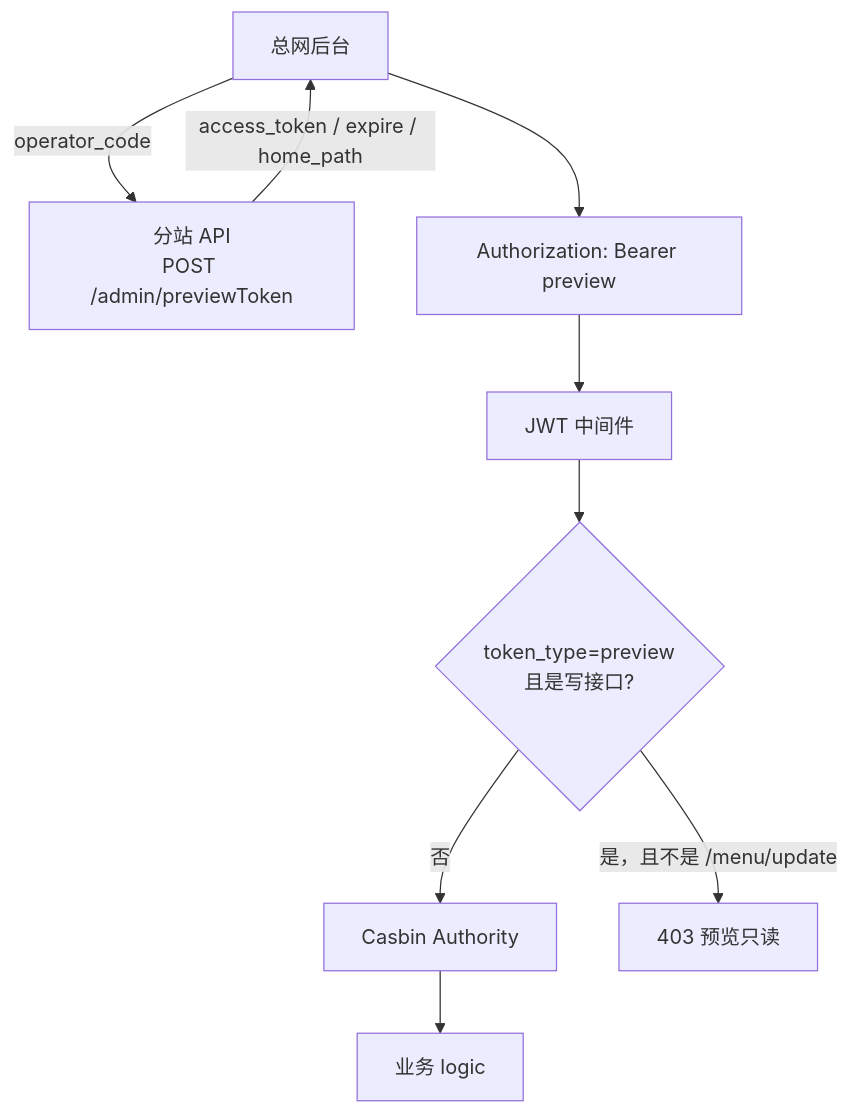
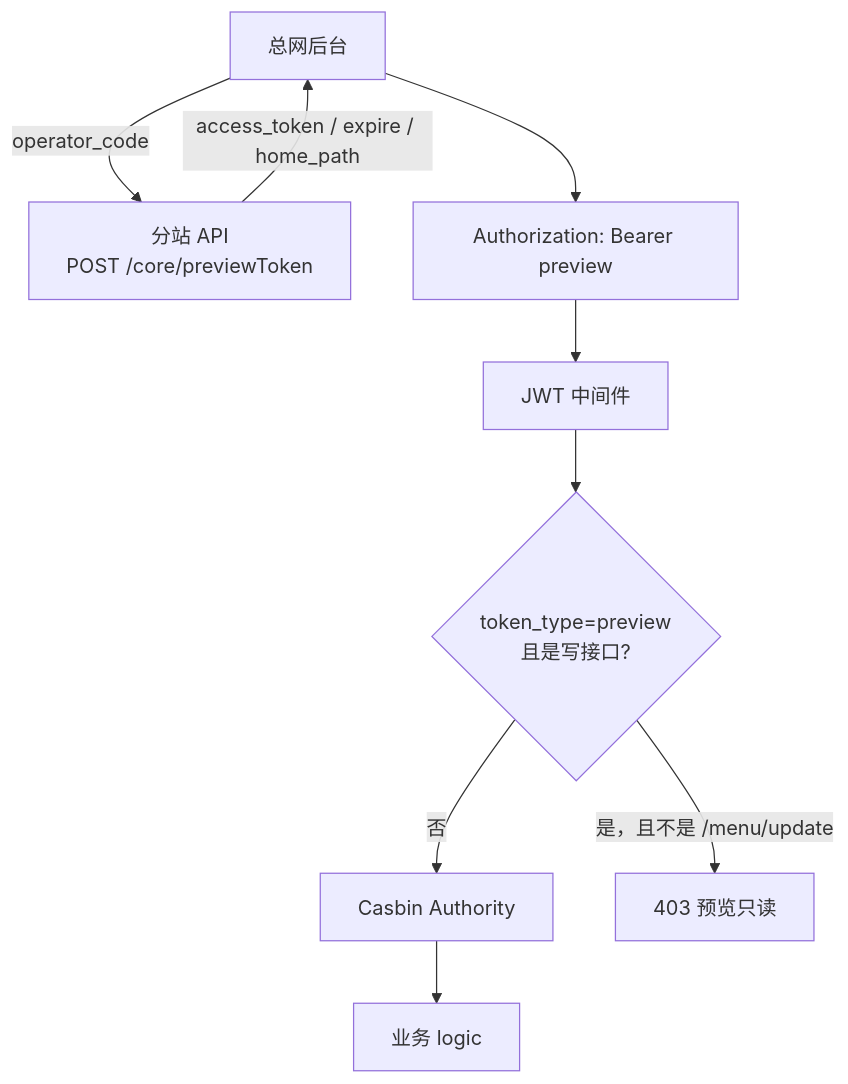
One commit to ns9ryan/p9-mirror changed the first of 5 diagrams in core/docs/preview-token.md. Above: the diagram before and after it, drawn with Mermaid. The commit also changed other lines of this file and 98 other files, not shown here.

````diff
--- a/core/docs/preview-token.md
+++ b/core/docs/preview-token.md
@@ -26,17 +26,17 @@
 ```mermaid
 flowchart TB
   Plat["总网后台"]
-  Issue["分站 API<br/>POST /admin/previewToken"]
+  Issue["分站 API<br/>POST /core/previewToken"]
   JWT["Authorization: Bearer preview"]
   MW["JWT 中间件"]
   RO{"token_type=preview<br/>且是写接口?"}
   Auth["Casbin Authority"]
   Biz["业务 logic"]
 
   Plat -->|"operator_code"| Issue
   Issue -->|"access_token / expire / home_path"| Plat
   Plat --> JWT --> MW
   MW --> RO
   RO -->|是，且不是 /menu/update| Deny["403 预览只读"]
   RO -->|否| Auth --> Biz
 ```
````
